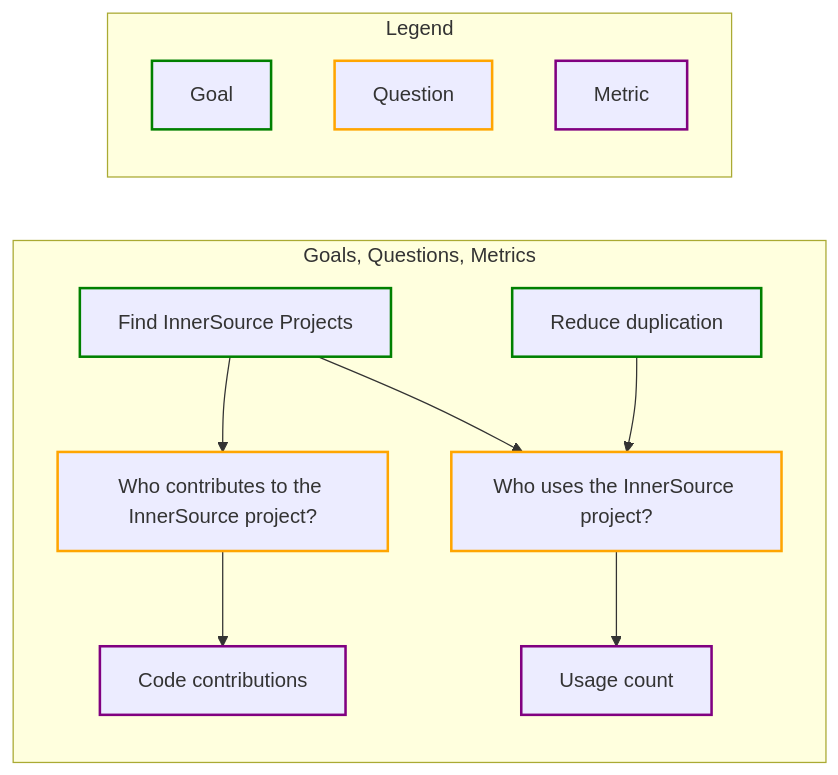
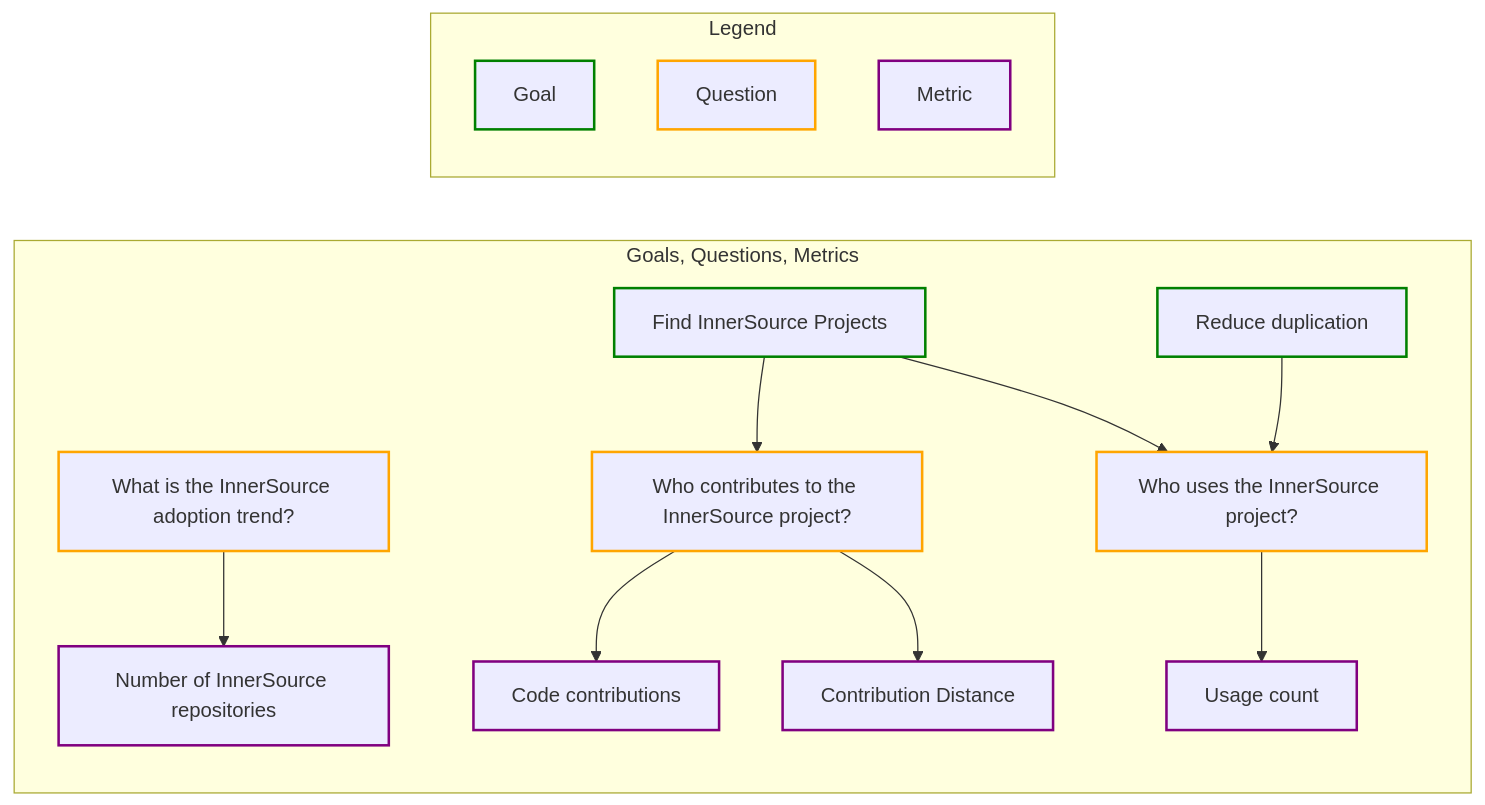
The diagram in measuring/use_gqm.md (InnerSourceCommons/managing-innersource-projects), drawn with Mermaid before and after one commit. The commit also changed 2 other files, not shown here.

Commit message:
GQM: Adoption trend and related metric (#78)
* GQM: Adoption trend and related metric

This commit is based on the a value that is observed at SAP, where
we periodically check the number of projects that have self-registered
to our InnerSource Projects portal, by assigning a topic to their
repositories.

Related issues:
- https://github.com/InnerSourceCommons/ispo-working-group/issues/109

````diff
--- a/measuring/use_gqm.md
+++ b/measuring/use_gqm.md
@@ -31,50 +31,58 @@
 ```mermaid
 graph LR;
 
     subgraph GQM[Goals, Questions, Metrics]
 
     %% begin nodes
     find-projects.md[Find InnerSource Projects]
     reduce-duplication.md[Reduce duplication]
+    adoption-trend.md[What is the InnerSource adoption trend?]
     who-contributes.md[Who contributes to the InnerSource project?]
     who-uses.md[Who uses the InnerSource project?]
     code-contributions.md[Code contributions]
+    contribution-distance.md[Contribution Distance]
+    number-of-innersource-repositories.md[Number of InnerSource repositories]
     usage-count.md[Usage count]
     %% end nodes
 
     %% begin edges
     find-projects.md-->who-uses.md
     find-projects.md-->who-contributes.md
     reduce-duplication.md-->who-uses.md
+    adoption-trend.md-->number-of-innersource-repositories.md
     who-contributes.md-->code-contributions.md
+    who-contributes.md-->contribution-distance.md
     who-uses.md-->usage-count.md
     %% end edges
 
     %% begin clicks
-    click find-projects.md "https://github.com/InnerSourceCommons/managing-inner-source-projects/blob/main/measuring/goals/find-projects.md" "Find InnerSource Projects" _blank
+    click find-projects.md "https://github.com/InnerSourceCommons/managing-inner-source-projects/blob/main/measuring/goals/find-projects.md" "Find InnerSource Projects"
     click reduce-duplication.md "https://github.com/InnerSourceCommons/managing-inner-source-projects/blob/main/measuring/goals/reduce-duplication.md" "Reduce duplication"
+    click adoption-trend.md "https://github.com/InnerSourceCommons/managing-inner-source-projects/blob/main/measuring/questions/adoption-trend.md" "What is the InnerSource adoption trend?"
     click who-contributes.md "https://github.com/InnerSourceCommons/managing-inner-source-projects/blob/main/measuring/questions/who-contributes.md" "Who contributes to the InnerSource project?"
     click who-uses.md "https://github.com/InnerSourceCommons/managing-inner-source-projects/blob/main/measuring/questions/who-uses.md" "Who uses the InnerSource project?"
     click code-contributions.md "https://github.com/InnerSourceCommons/managing-inner-source-projects/blob/main/measuring/metrics/code-contributions.md" "Code contributions"
+    click contribution-distance.md "https://github.com/InnerSourceCommons/managing-inner-source-projects/blob/main/measuring/metrics/contribution-distance.md" "Contribution Distance"
+    click number-of-innersource-repositories.md "https://github.com/InnerSourceCommons/managing-inner-source-projects/blob/main/measuring/metrics/number-of-innersource-repositories.md" "Number of InnerSource repositories"
     click usage-count.md "https://github.com/InnerSourceCommons/managing-inner-source-projects/blob/main/measuring/metrics/usage-count.md" "Usage count"
     %% end clicks
 
   end
       subgraph Legend
         direction TB
 
         goal[Goal]
         question[Question]
         metric[Metric]
 
         classDef goals stroke:green,stroke-width:2px;
         class goal,find-projects.md,reduce-duplication.md goals
 
         classDef questions stroke:orange,stroke-width:2px;
-        class question,who-contributes.md,who-uses.md questions
+        class question,adoption-trend.md,who-contributes.md,who-uses.md questions
 
         classDef metrics stroke:purple,stroke-width:2px;
-        class metric,code-contributions.md,usage-count.md metrics
+        class metric,code-contributions.md,contribution-distance.md,number-of-innersource-repositories.md,usage-count.md metrics
       end  
   
 ```
````
